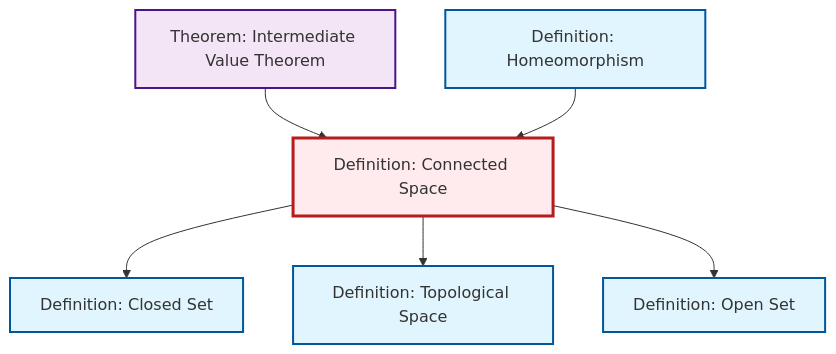
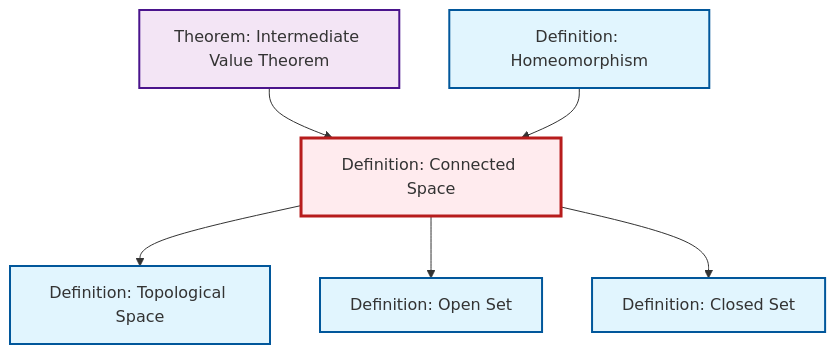
One commit to RK0429/ModernMath changed the diagram in content/en/topology/def-connected.qmd. Above: the diagram before and after it, drawn with Mermaid. The commit also changed other lines of this file and 615 other files, not shown here.

````diff
--- a/content/en/topology/def-connected.qmd
+++ b/content/en/topology/def-connected.qmd
@@ -49,26 +49,26 @@
 ```{mermaid}
 %%| fig-cap: "Local dependency graph"
 graph TD
     classDef definition fill:#e1f5fe,stroke:#01579b,stroke-width:2px
     classDef theorem fill:#f3e5f5,stroke:#4a148c,stroke-width:2px
     classDef axiom fill:#fff3e0,stroke:#e65100,stroke-width:2px
     classDef example fill:#e8f5e9,stroke:#1b5e20,stroke-width:2px
     classDef current fill:#ffebee,stroke:#b71c1c,stroke-width:3px
+    def-closed-set["Definition: Closed Set"]:::definition
     def-open-set["Definition: Open Set"]:::definition
+    thm-intermediate-value["Theorem: Intermediate Value Theorem"]:::theorem
+    def-connected["Definition: Connected Space"]:::definition
     def-homeomorphism["Definition: Homeomorphism"]:::definition
-    def-connected["Definition: Connected Space"]:::definition
-    def-closed-set["Definition: Closed Set"]:::definition
     def-topological-space["Definition: Topological Space"]:::definition
-    thm-intermediate-value["Theorem: Intermediate Value Theorem"]:::theorem
-    def-connected --> def-closed-set
     def-connected --> def-topological-space
     def-connected --> def-open-set
     thm-intermediate-value --> def-connected
+    def-connected --> def-closed-set
     def-homeomorphism --> def-connected
     class def-connected current
+    click def-closed-set "def-closed-set.html" "Go to Closed Set definition"
     click def-open-set "def-open-set.html" "Go to Open Set definition"
+    click thm-intermediate-value "thm-intermediate-value.html" "Go to Intermediate Value Theorem theorem"
     click def-homeomorphism "def-homeomorphism.html" "Go to Homeomorphism definition"
-    click def-closed-set "def-closed-set.html" "Go to Closed Set definition"
     click def-topological-space "def-topological-space.html" "Go to Topological Space definition"
-    click thm-intermediate-value "thm-intermediate-value.html" "Go to Intermediate Value Theorem theorem"
 ```
````
